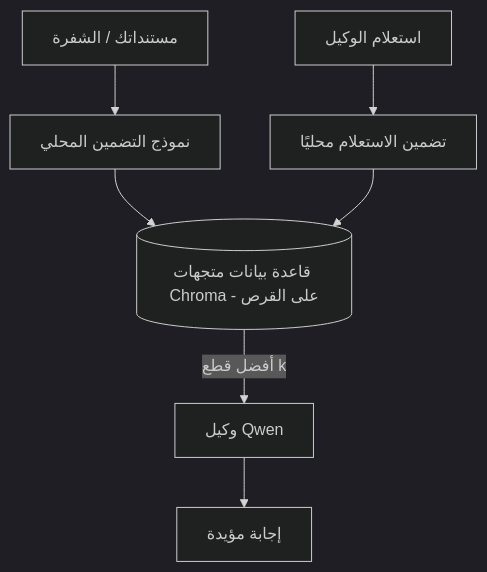
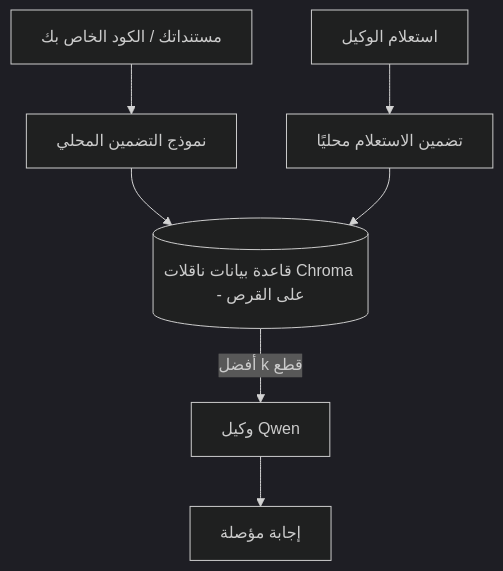
The third of 4 diagrams in mirrors/repos/microsoft@ai-agents-for-beginners/translations/ar/17-creating-local-ai-agents/README.md (gabrielmoreira/agent-skills-mirror), drawn with Mermaid (dark theme) before and after one commit. The commit also changed other lines of this file and 4262 other files, not shown here.

````diff
--- a/mirrors/repos/microsoft@ai-agents-for-beginners/translations/ar/17-creating-local-ai-agents/README.md
+++ b/mirrors/repos/microsoft@ai-agents-for-beginners/translations/ar/17-creating-local-ai-agents/README.md
@@ -125,9 +125,9 @@
 ```mermaid
 flowchart TB
-    D[مستنداتك / الشفرة] --> E[نموذج التضمين المحلي]
-    E --> V[(قاعدة بيانات متجهات Chroma - على القرص)]
+    D[مستنداتك / الكود الخاص بك] --> E[نموذج التضمين المحلي]
+    E --> V[(قاعدة بيانات ناقلات Chroma - على القرص)]
     Q[استعلام الوكيل] --> QE[تضمين الاستعلام محليًا]
     QE --> V
-    V -->|أفضل قطع k| A[وكيل Qwen]
-    A --> Ans[إجابة مؤيدة]
+    V -->|أفضل k قطع| A[وكيل Qwen]
+    A --> Ans[إجابة مؤصلة]
 ```
````
